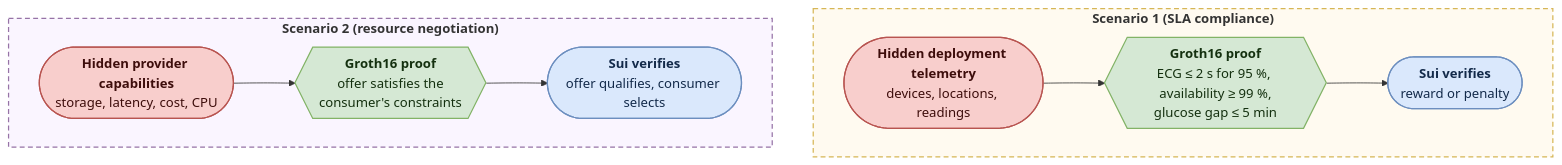
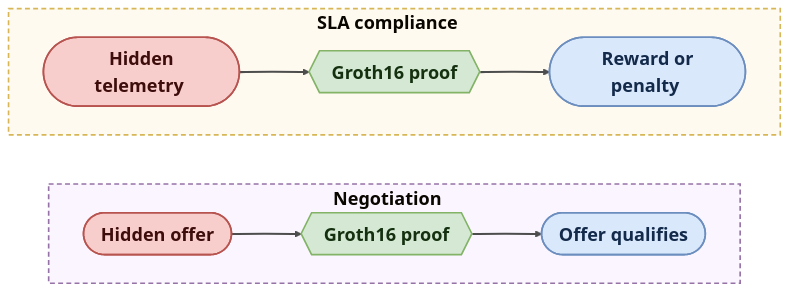
The diagram in README.md (Shaker-Genopole/fontend), drawn with Mermaid before and after one commit. The commit also changed 3 other files, not shown here.

Commit message:
update: architecture figure and styled diagrams

````diff
--- a/README.md
+++ b/README.md
@@ -37,26 +37,30 @@
 ```mermaid
+%%{init: {"theme":"base","themeVariables":{"fontFamily":"Arial, Helvetica, sans-serif","fontSize":"22px","lineColor":"#4d4d4d"},"flowchart":{"padding":18,"nodeSpacing":50,"rankSpacing":60,"curve":"basis","htmlLabels":true}}}%%
 flowchart TB
-  subgraph S1["<b>Scenario 1 (SLA compliance)</b>"]
+  subgraph S1["<b>SLA compliance</b>&nbsp;&nbsp;&nbsp;"]
     direction LR
-    t1(["<b>Hidden deployment telemetry</b><br/>devices, locations, readings"])
-    p1{{"<b>Groth16 proof</b><br/>ECG ≤ 2 s for 95 %, availability ≥ 99 %,<br/>glucose gap ≤ 5 min"}}
-    v1(["<b>Sui verifies</b><br/>reward or penalty"])
+    t1(["&nbsp;<b>Hidden telemetry</b>&nbsp;"])
+    p1{{"&nbsp;<b>Groth16 proof</b>&nbsp;"}}
+    v1(["&nbsp;<b>Reward or penalty</b>&nbsp;"])
     t1 --> p1 --> v1
   end
-  subgraph S2["<b>Scenario 2 (resource negotiation)</b>"]
+  subgraph S2["<b>Negotiation</b>&nbsp;&nbsp;&nbsp;"]
     direction LR
-    t2(["<b>Hidden provider capabilities</b><br/>storage, latency, cost, CPU"])
-    p2{{"<b>Groth16 proof</b><br/>offer satisfies the<br/>consumer's constraints"}}
-    v2(["<b>Sui verifies</b><br/>offer qualifies, consumer selects"])
+    t2(["&nbsp;<b>Hidden offer</b>&nbsp;"])
+    p2{{"&nbsp;<b>Groth16 proof</b>&nbsp;"}}
+    v2(["&nbsp;<b>Offer qualifies</b>&nbsp;"])
     t2 --> p2 --> v2
   end
 
-  classDef secret fill:#f8cecc,stroke:#b85450,color:#3d0d0b,stroke-width:1.5px
-  classDef proof fill:#d5e8d4,stroke:#82b366,color:#14300f,stroke-width:1.5px
-  classDef chain fill:#dae8fc,stroke:#6c8ebf,color:#132a4a,stroke-width:1.5px
+  S1 ~~~ S2
+
+  classDef secret fill:#f8cecc,stroke:#b85450,color:#3d0d0b,stroke-width:2px
+  classDef proof fill:#d5e8d4,stroke:#82b366,color:#14300f,stroke-width:2px
+  classDef chain fill:#dae8fc,stroke:#6c8ebf,color:#132a4a,stroke-width:2px
   class t1,t2 secret
   class p1,p2 proof
   class v1,v2 chain
-  style S1 fill:#fffaf0,stroke:#d6b656,stroke-width:1.5px,stroke-dasharray:6 4
-  style S2 fill:#faf5ff,stroke:#9673a6,stroke-width:1.5px,stroke-dasharray:6 4
+  style S1 fill:#fffaf0,stroke:#d6b656,stroke-width:2px,stroke-dasharray:6 4
+  style S2 fill:#faf5ff,stroke:#9673a6,stroke-width:2px,stroke-dasharray:6 4
+  linkStyle 0,1,2,3 stroke:#4d4d4d,stroke-width:2.5px
 ```
````
